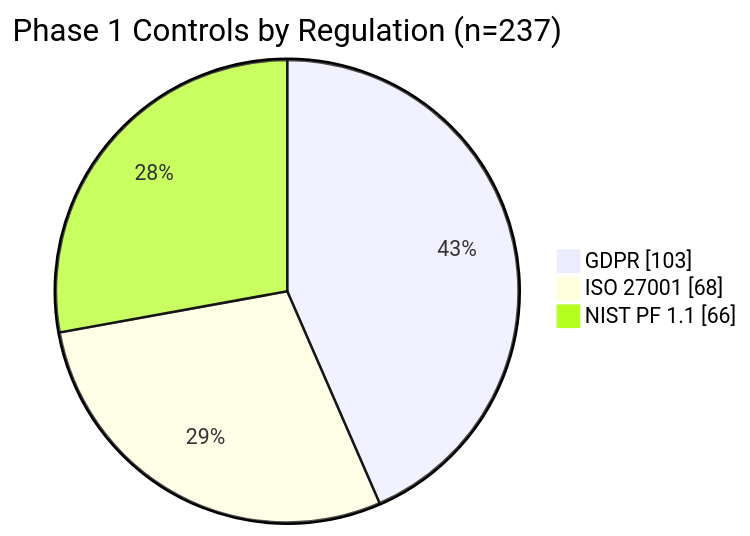
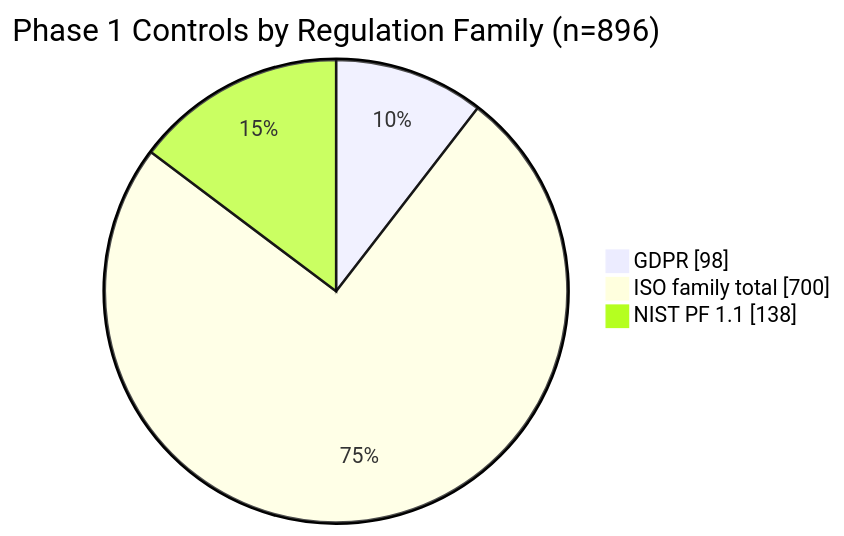
The diagram in docs/Project/Execution-Playbook/06-phase1-implementation-runbook.md (JayNightmare/PrERT-CNM-v4), drawn with Mermaid before and after one commit. The commit also changed other lines of this file and 14 other files, not shown here.

First line of the commit message:
feat: Enhance document parsing for ISO and GDPR standards

````diff
--- a/docs/Project/Execution-Playbook/06-phase1-implementation-runbook.md
+++ b/docs/Project/Execution-Playbook/06-phase1-implementation-runbook.md
@@ -106,7 +106,7 @@
 ```mermaid
 pie showData
-     title Phase 1 Controls by Regulation (n=237)
-     "GDPR" : 103
-     "ISO 27001" : 68
-     "NIST PF 1.1" : 66
+     title Phase 1 Controls by Regulation Family (n=896)
+     "GDPR" : 98
+     "ISO family total" : 700
+     "NIST PF 1.1" : 138
 ```
````
